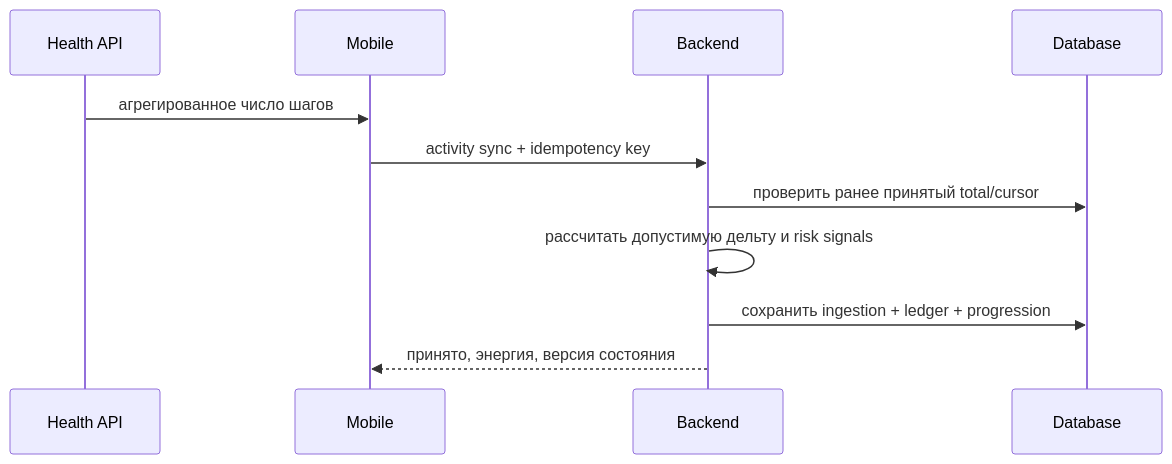
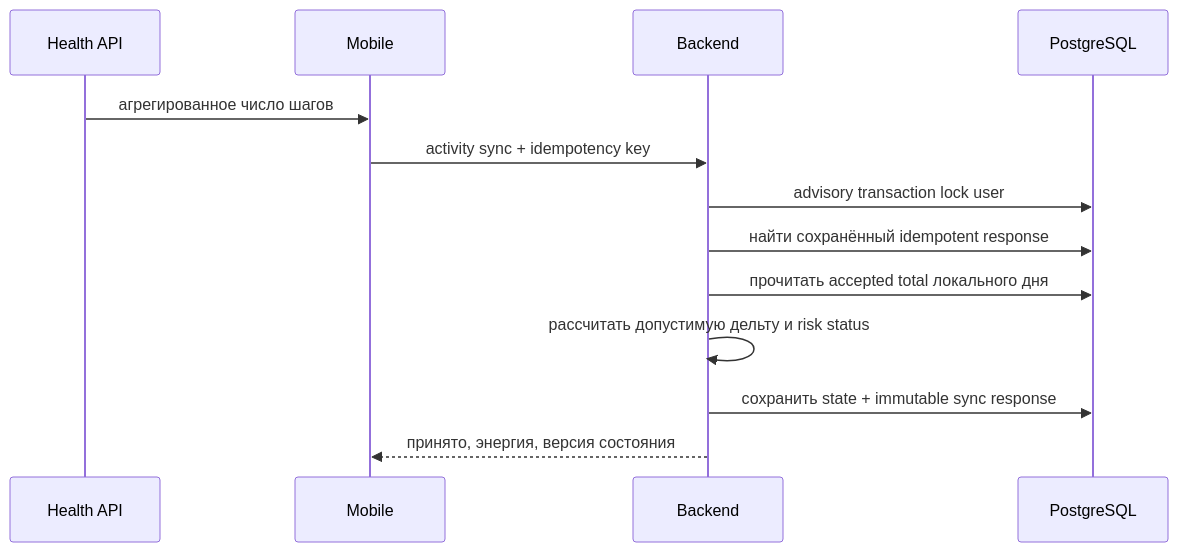
Before and after one commit to MKSEgr/walking-rpg: the diagram in docs/ARCHITECTURE.md, drawn with Mermaid. The commit also changed other lines of this file and 21 other files, not shown here.

First line of the commit message:
feat: persist activity sync in PostgreSQL (#5)

````diff
--- a/docs/ARCHITECTURE.md
+++ b/docs/ARCHITECTURE.md
@@ -40,14 +41,16 @@
 ```mermaid
 sequenceDiagram
     participant H as Health API
     participant M as Mobile
     participant B as Backend
-    participant D as Database
+    participant D as PostgreSQL
 
     H->>M: агрегированное число шагов
     M->>B: activity sync + idempotency key
-    B->>D: проверить ранее принятый total/cursor
-    B->>B: рассчитать допустимую дельту и risk signals
-    B->>D: сохранить ingestion + ledger + progression
+    B->>D: advisory transaction lock user
+    B->>D: найти сохранённый idempotent response
+    B->>D: прочитать accepted total локального дня
+    B->>B: рассчитать допустимую дельту и risk status
+    B->>D: сохранить state + immutable sync response
     B-->>M: принято, энергия, версия состояния
 ```
````
